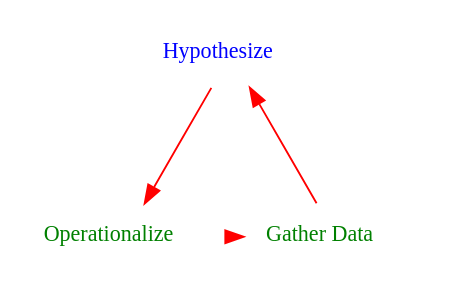
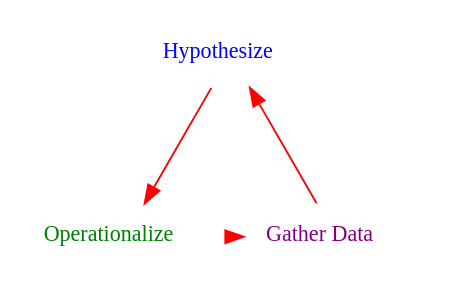
The second of 5 diagrams in VK/thesis/LIP_presentation.qmd (valentinkm/AdversarialSimulation), drawn with Graphviz before and after one commit. The commit also changed other lines of this file, not shown here.

````diff
--- a/VK/thesis/LIP_presentation.qmd
+++ b/VK/thesis/LIP_presentation.qmd
@@ -124,21 +134,21 @@
 ```{dot}
 digraph circular_process {
     // Use 'neato' layout for positioning
     layout=neato;
     overlap=false;
     splines=true;
 
     // Define global node attributes
     node [shape=plaintext, fontsize=12];
 
     // Define nodes with positions to form a circle
         hypothesize [label=< <font color="blue">Hypothesize</font> >, pos="0,1!"];
         operationalize [label=< <font color="green">Operationalize</font> >, pos="-0.866,-0.5!"];
-        gather_data [label=< <font color="green">Gather Data</font> >, pos="0.866,-0.5!"];
+        gather_data [label=< <font color="purple">Gather Data</font> >, pos="0.866,-0.5!"];
 
     // Define edges to create a circular process
     hypothesize -> operationalize [color="red"];
     operationalize -> gather_data [color="red"];
     gather_data -> hypothesize [color="red"];
 }
 ```
````
